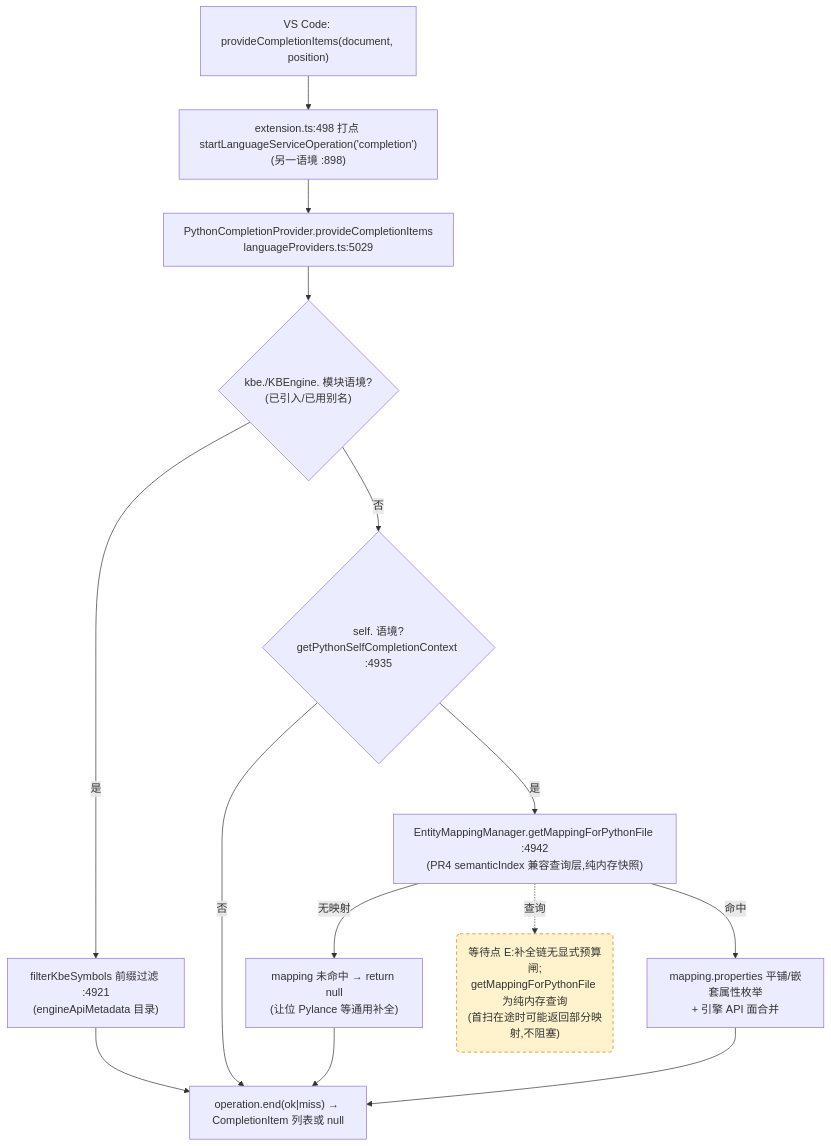
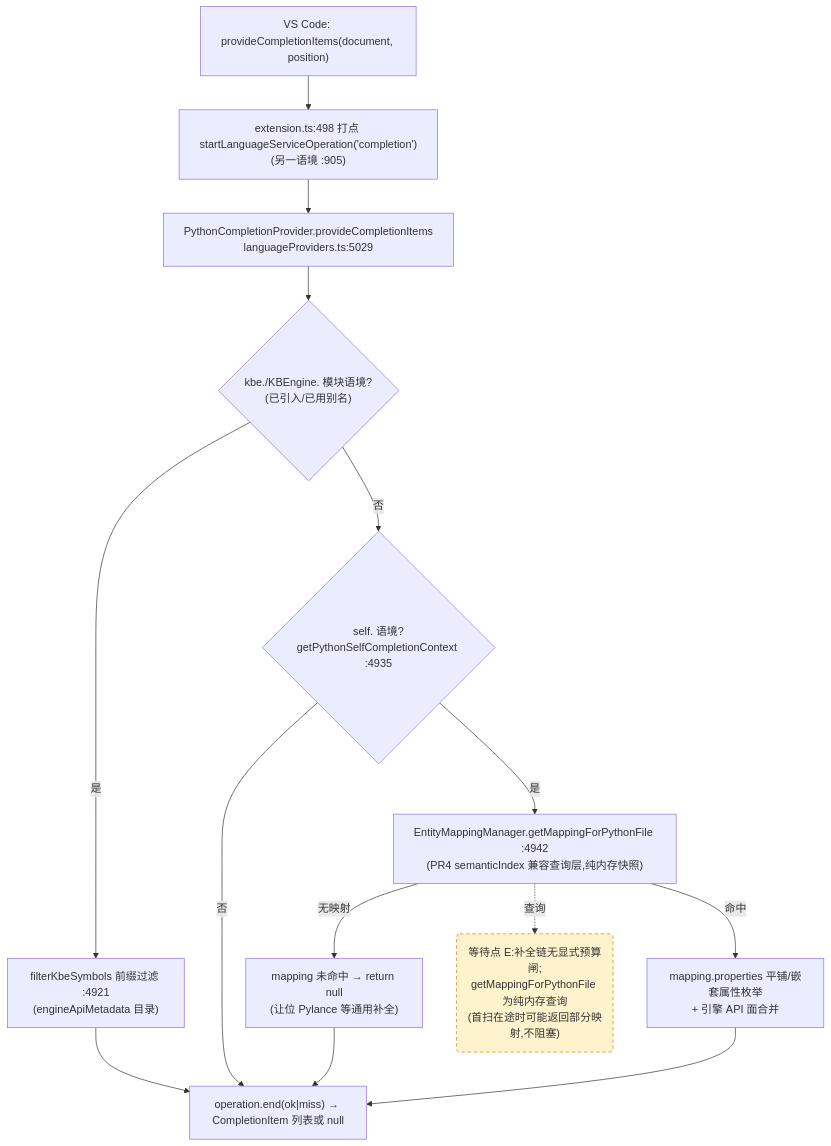
One commit to cuihairu/kode changed the third of 4 diagrams in docs/perf/2026-baseline.md. Above: the diagram before and after it, drawn with Mermaid. The commit also changed other lines of this file and 5 other files, not shown here.

````diff
--- a/docs/perf/2026-baseline.md
+++ b/docs/perf/2026-baseline.md
@@ -184,27 +184,27 @@
 ```mermaid
 flowchart TD
   VC3["VS Code: provideCompletionItems(document, position)"]
-  M3["extension.ts:498 打点 startLanguageServiceOperation('completion')<br/>(另一语境 :898)"]
+  M3["extension.ts:498 打点 startLanguageServiceOperation('completion')<br/>(另一语境 :905)"]
   CP["PythonCompletionProvider.provideCompletionItems<br/>languageProviders.ts:5029"]
   KBEC{"kbe./KBEngine. 模块语境?<br/>(已引入/已用别名)"}
   FILTER["filterKbeSymbols 前缀过滤 :4921<br/>(engineApiMetadata 目录)"]
   SELFC{"self. 语境?<br/>getPythonSelfCompletionContext :4935"}
   MAP["EntityMappingManager.getMappingForPythonFile :4942<br/>(PR4 semanticIndex 兼容查询层,纯内存快照)"]
   NOMAP["mapping 未命中 → return null<br/>(让位 Pylance 等通用补全)"]
   PROPS["mapping.properties 平铺/嵌套属性枚举<br/>+ 引擎 API 面合并"]
   END3["operation.end(ok|miss) → CompletionItem 列表或 null"]
 
   VC3 --> M3 --> CP --> KBEC
   KBEC -- "是" --> FILTER --> END3
   KBEC -- "否" --> SELFC
   SELFC -- "否" --> END3
   SELFC -- "是" --> MAP
   MAP -- "无映射" --> NOMAP --> END3
   MAP -- "命中" --> PROPS --> END3
 
   WAITE("等待点 E:补全链无显式预算闸;<br/>getMappingForPythonFile 为纯内存查询<br/>(首扫在途时可能返回部分映射,不阻塞)")
   MAP -.->|查询| WAITE
 
   classDef waitPoint fill:#fff3cd,stroke:#d97706,stroke-dasharray:5 4;
   class WAITE waitPoint;
 ```
````
